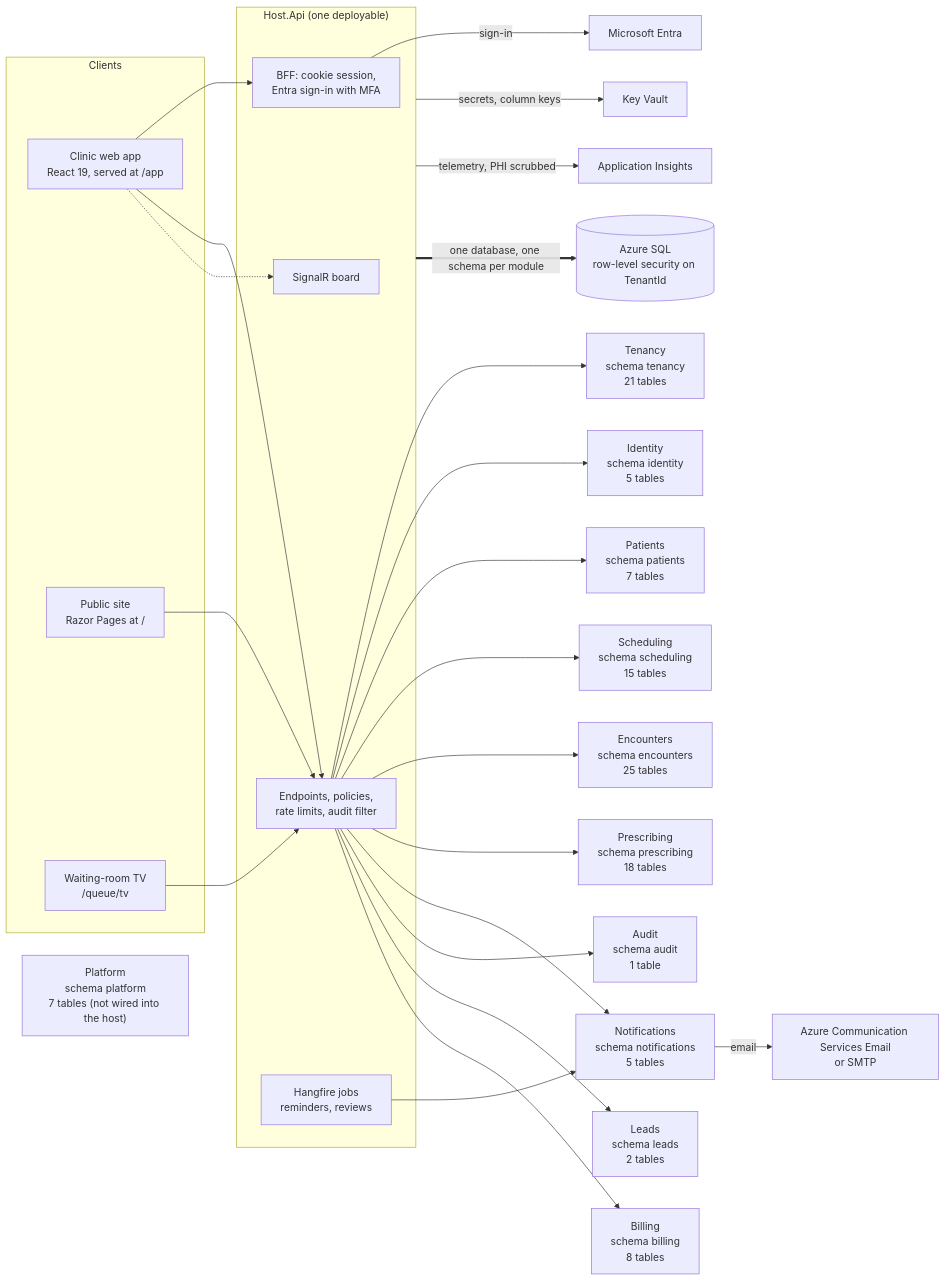
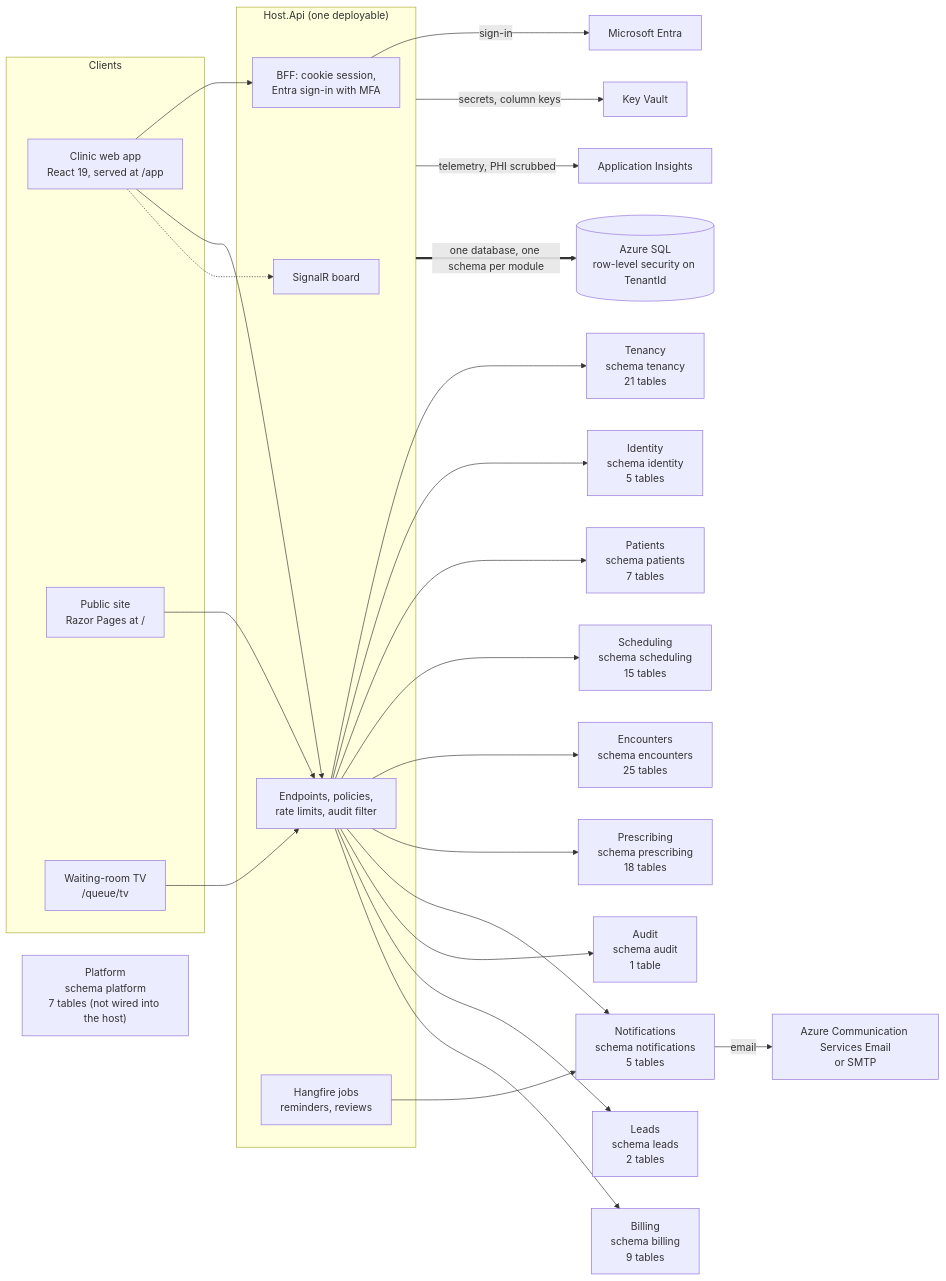
The first of 14 diagrams in docs/03-architecture/erd.md (ALFRED-LUCIFER/medvya), drawn with Mermaid before and after one commit. The commit also changed other lines of this file and 36 other files, not shown here.

````diff
--- a/docs/03-architecture/erd.md
+++ b/docs/03-architecture/erd.md
@@ -15,36 +15,36 @@
 ```mermaid
 flowchart LR
   subgraph Clients
     web["Clinic web app<br/>React 19, served at /app"]
     site["Public site<br/>Razor Pages at /"]
     tv["Waiting-room TV<br/>/queue/tv"]
   end
   subgraph Host["Host.Api (one deployable)"]
     bff["BFF: cookie session,<br/>Entra sign-in with MFA"]
     api["Endpoints, policies,<br/>rate limits, audit filter"]
     hub["SignalR board"]
     jobs["Hangfire jobs<br/>reminders, reviews"]
   end
   web --> bff
   web --> api
   web -.-> hub
   tv --> api
   site --> api
   api --> Tenancy["Tenancy<br/>schema tenancy<br/>21 tables"]
   api --> Identity["Identity<br/>schema identity<br/>5 tables"]
   api --> Patients["Patients<br/>schema patients<br/>7 tables"]
   api --> Scheduling["Scheduling<br/>schema scheduling<br/>15 tables"]
   api --> Encounters["Encounters<br/>schema encounters<br/>25 tables"]
   api --> Prescribing["Prescribing<br/>schema prescribing<br/>18 tables"]
   api --> Notifications["Notifications<br/>schema notifications<br/>5 tables"]
   api --> Audit["Audit<br/>schema audit<br/>1 table"]
   api --> Leads["Leads<br/>schema leads<br/>2 tables"]
-  api --> Billing["Billing<br/>schema billing<br/>8 tables"]
+  api --> Billing["Billing<br/>schema billing<br/>9 tables"]
   Platform["Platform<br/>schema platform<br/>7 tables (not wired into the host)"]
   jobs --> Notifications
   bff -->|"sign-in"| entra["Microsoft Entra"]
   Notifications -->|"email"| mail["Azure Communication Services Email<br/>or SMTP"]
   Host -->|"secrets, column keys"| kv["Key Vault"]
   Host -->|"telemetry, PHI scrubbed"| ai["Application Insights"]
   Host ==>|"one database, one schema per module"| sql[("Azure SQL<br/>row-level security on TenantId")]
 ```
````
